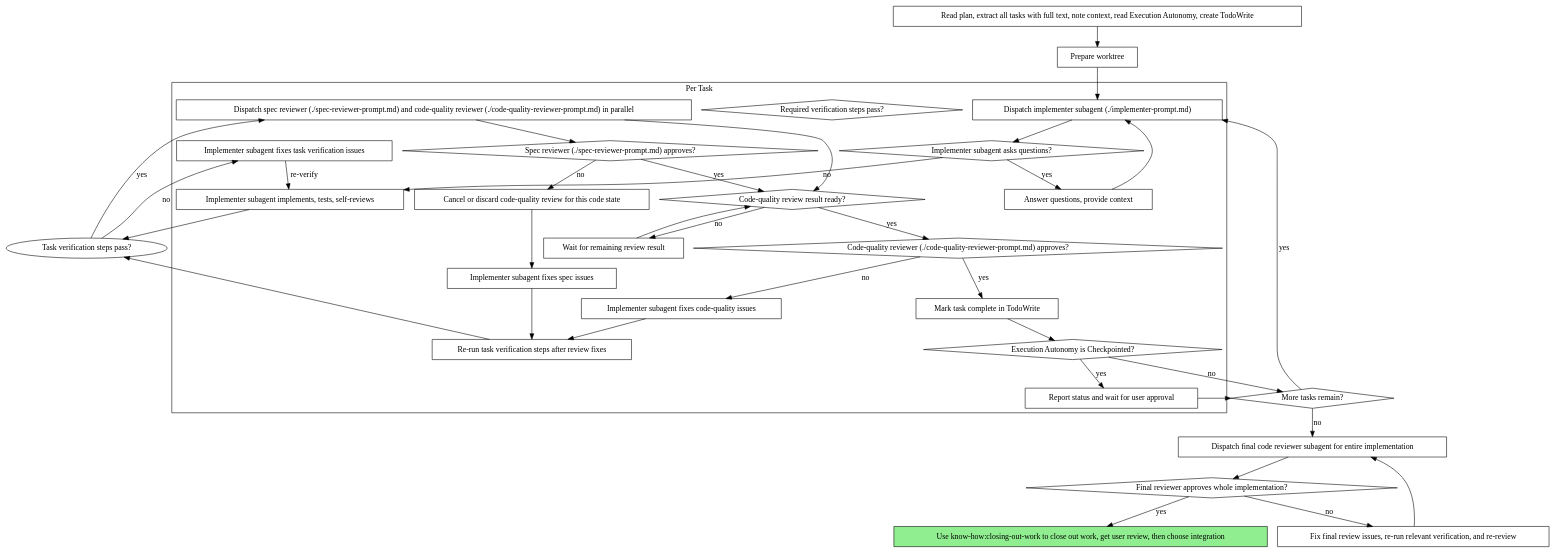
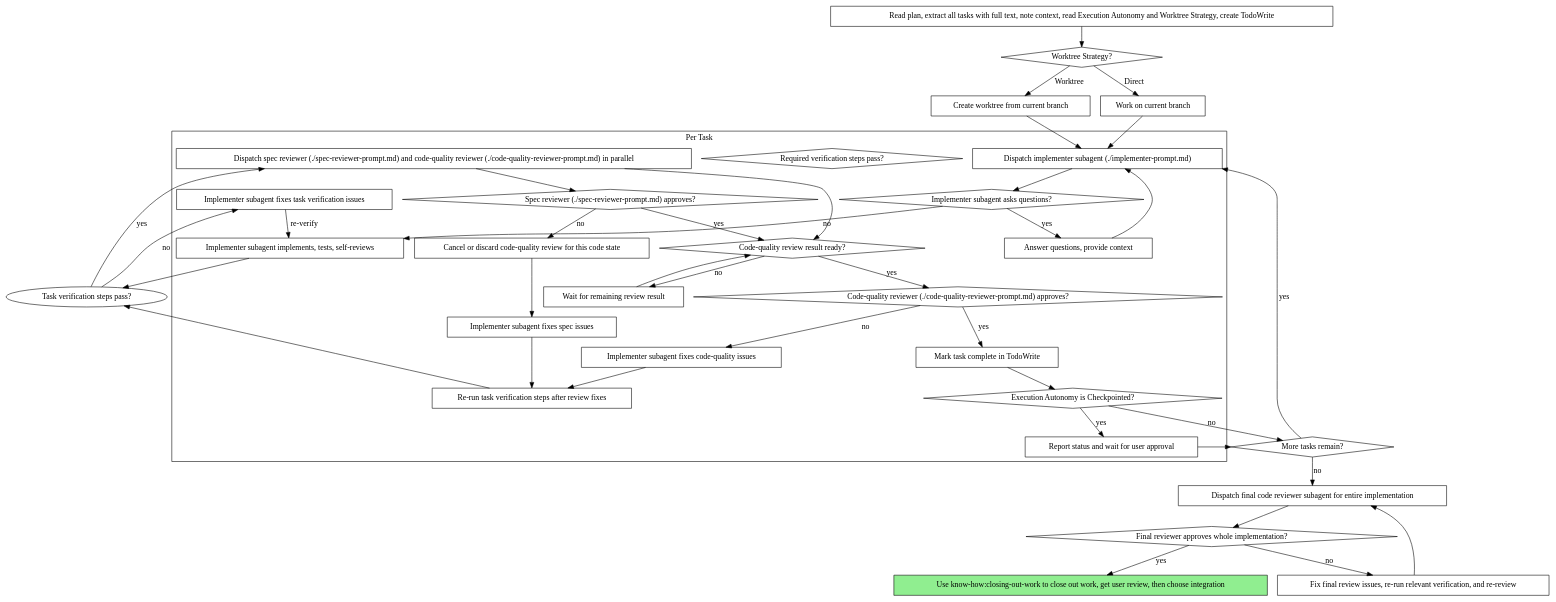
One commit to clashmar/know-how changed the second of 2 diagrams in skills/subagent-driven-development/SKILL.md. Above: the diagram before and after it, drawn with Graphviz. The commit also changed other lines of this file and 3 other files, not shown here.

First line of the commit message:
feat(planning): add Worktree Strategy to plan contract

````diff
--- a/skills/subagent-driven-development/SKILL.md
+++ b/skills/subagent-driven-development/SKILL.md
@@ -47,69 +47,74 @@
 ```dot
 digraph process {
     rankdir=TB;
 
     subgraph cluster_per_task {
         label="Per Task";
         "Dispatch implementer subagent (./implementer-prompt.md)" [shape=box];
         "Implementer subagent asks questions?" [shape=diamond];
         "Answer questions, provide context" [shape=box];
         "Implementer subagent implements, tests, self-reviews" [shape=box];
         "Required verification steps pass?" [shape=diamond];
         "Implementer subagent fixes task verification issues" [shape=box];
         "Dispatch spec reviewer (./spec-reviewer-prompt.md) and code-quality reviewer (./code-quality-reviewer-prompt.md) in parallel" [shape=box];
         "Spec reviewer (./spec-reviewer-prompt.md) approves?" [shape=diamond];
         "Cancel or discard code-quality review for this code state" [shape=box];
         "Code-quality review result ready?" [shape=diamond];
         "Wait for remaining review result" [shape=box];
         "Code-quality reviewer (./code-quality-reviewer-prompt.md) approves?" [shape=diamond];
         "Implementer subagent fixes spec issues" [shape=box];
         "Implementer subagent fixes code-quality issues" [shape=box];
         "Re-run task verification steps after review fixes" [shape=box];
         "Mark task complete in TodoWrite" [shape=box];
         "Execution Autonomy is Checkpointed?" [shape=diamond];
         "Report status and wait for user approval" [shape=box];
     }
 
-    "Read plan, extract all tasks with full text, note context, read Execution Autonomy, create TodoWrite" [shape=box];
-    "Prepare worktree" [shape=box];
+    "Read plan, extract all tasks with full text, note context, read Execution Autonomy and Worktree Strategy, create TodoWrite" [shape=box];
+    "Worktree Strategy?" [shape=diamond];
+    "Create worktree from current branch" [shape=box];
+    "Work on current branch" [shape=box];
     "More tasks remain?" [shape=diamond];
     "Dispatch final code reviewer subagent for entire implementation" [shape=box];
     "Final reviewer approves whole implementation?" [shape=diamond];
     "Fix final review issues, re-run relevant verification, and re-review" [shape=box];
     "Use know-how:closing-out-work to close out work, get user review, then choose integration" [shape=box style=filled fillcolor=lightgreen];
 
-    "Read plan, extract all tasks with full text, note context, read Execution Autonomy, create TodoWrite" -> "Prepare worktree";
-    "Prepare worktree" -> "Dispatch implementer subagent (./implementer-prompt.md)";
+    "Read plan, extract all tasks with full text, note context, read Execution Autonomy and Worktree Strategy, create TodoWrite" -> "Worktree Strategy?";
+    "Worktree Strategy?" -> "Create worktree from current branch" [label="Worktree"];
+    "Worktree Strategy?" -> "Work on current branch" [label="Direct"];
+    "Create worktree from current branch" -> "Dispatch implementer subagent (./implementer-prompt.md)";
+    "Work on current branch" -> "Dispatch implementer subagent (./implementer-prompt.md)";
     "Dispatch implementer subagent (./implementer-prompt.md)" -> "Implementer subagent asks questions?";
     "Implementer subagent asks questions?" -> "Answer questions, provide context" [label="yes"];
     "Answer questions, provide context" -> "Dispatch implementer subagent (./implementer-prompt.md)";
     "Implementer subagent asks questions?" -> "Implementer subagent implements, tests, self-reviews" [label="no"];
     "Implementer subagent implements, tests, self-reviews" -> "Task verification steps pass?";
     "Task verification steps pass?" -> "Implementer subagent fixes task verification issues" [label="no"];
     "Implementer subagent fixes task verification issues" -> "Implementer subagent implements, tests, self-reviews" [label="re-verify"];
     "Task verification steps pass?" -> "Dispatch spec reviewer (./spec-reviewer-prompt.md) and code-quality reviewer (./code-quality-reviewer-prompt.md) in parallel" [label="yes"];
     "Dispatch spec reviewer (./spec-reviewer-prompt.md) and code-quality reviewer (./code-quality-reviewer-prompt.md) in parallel" -> "Spec reviewer (./spec-reviewer-prompt.md) approves?";
     "Dispatch spec reviewer (./spec-reviewer-prompt.md) and code-quality reviewer (./code-quality-reviewer-prompt.md) in parallel" -> "Code-quality review result ready?";
     "Spec reviewer (./spec-reviewer-prompt.md) approves?" -> "Code-quality review result ready?" [label="yes"];
     "Spec reviewer (./spec-reviewer-prompt.md) approves?" -> "Cancel or discard code-quality review for this code state" [label="no"];
     "Cancel or discard code-quality review for this code state" -> "Implementer subagent fixes spec issues";
     "Implementer subagent fixes spec issues" -> "Re-run task verification steps after review fixes";
     "Code-quality review result ready?" -> "Wait for remaining review result" [label="no"];
     "Wait for remaining review result" -> "Code-quality review result ready?";
     "Code-quality review result ready?" -> "Code-quality reviewer (./code-quality-reviewer-prompt.md) approves?" [label="yes"];
     "Code-quality reviewer (./code-quality-reviewer-prompt.md) approves?" -> "Mark task complete in TodoWrite" [label="yes"];
     "Code-quality reviewer (./code-quality-reviewer-prompt.md) approves?" -> "Implementer subagent fixes code-quality issues" [label="no"];
     "Implementer subagent fixes code-quality issues" -> "Re-run task verification steps after review fixes";
     "Re-run task verification steps after review fixes" -> "Task verification steps pass?";
     "Mark task complete in TodoWrite" -> "Execution Autonomy is Checkpointed?";
     "Execution Autonomy is Checkpointed?" -> "Report status and wait for user approval" [label="yes"];
     "Execution Autonomy is Checkpointed?" -> "More tasks remain?" [label="no"];
     "Report status and wait for user approval" -> "More tasks remain?";
     "More tasks remain?" -> "Dispatch implementer subagent (./implementer-prompt.md)" [label="yes"];
     "More tasks remain?" -> "Dispatch final code reviewer subagent for entire implementation" [label="no"];
     "Dispatch final code reviewer subagent for entire implementation" -> "Final reviewer approves whole implementation?";
     "Final reviewer approves whole implementation?" -> "Use know-how:closing-out-work to close out work, get user review, then choose integration" [label="yes"];
     "Final reviewer approves whole implementation?" -> "Fix final review issues, re-run relevant verification, and re-review" [label="no"];
     "Fix final review issues, re-run relevant verification, and re-review" -> "Dispatch final code reviewer subagent for entire implementation";
 }
 ```
````
